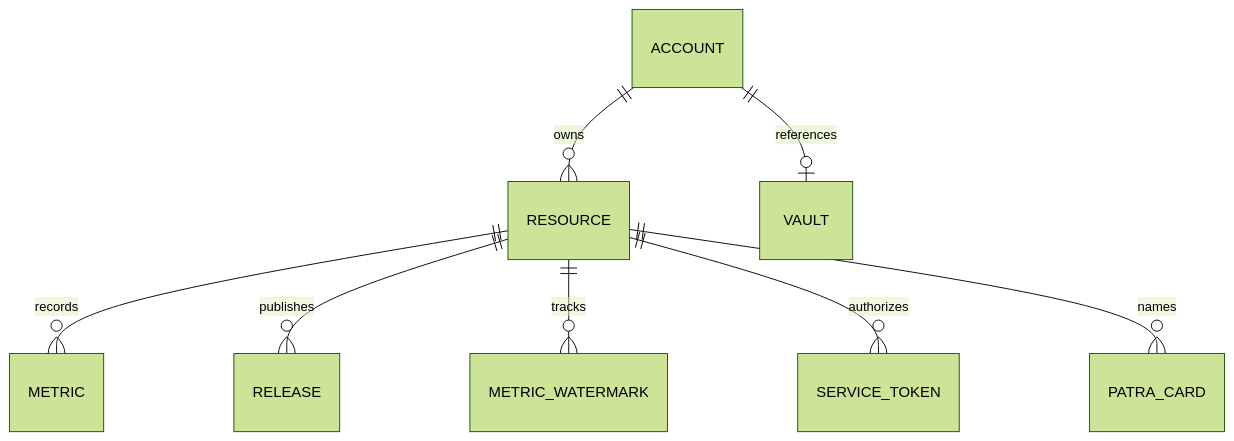
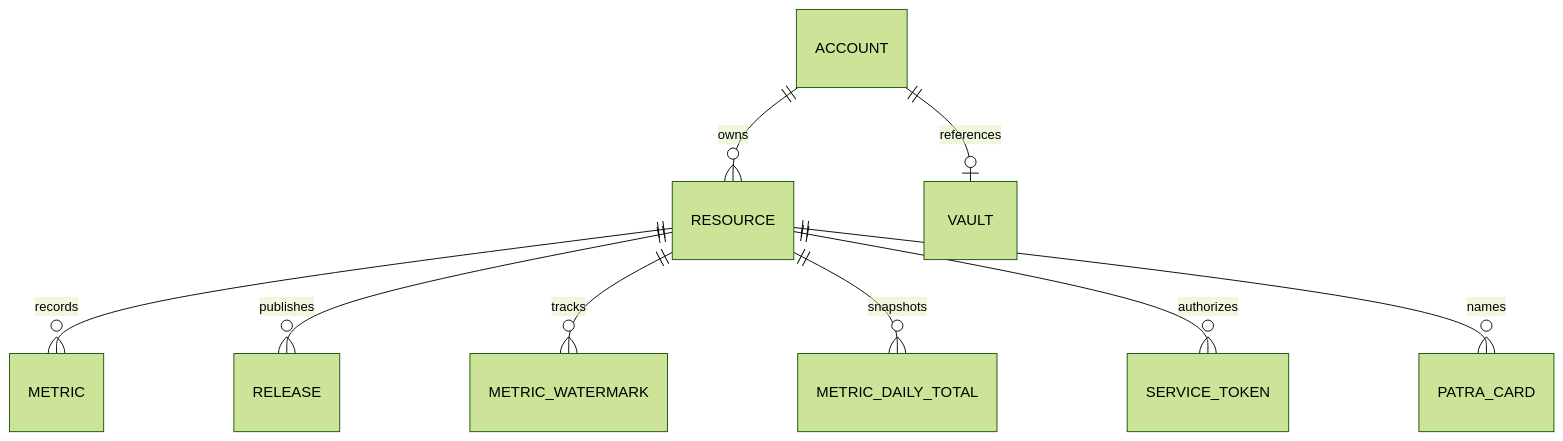
The diagram in docs/reference/data-model.md (ICICLE-ai/icicle-insights), drawn with Mermaid (forest theme) before and after one commit. The commit also changed other lines of this file and 7 other files, not shown here.

````diff
--- a/docs/reference/data-model.md
+++ b/docs/reference/data-model.md
@@ -5,10 +5,11 @@
 ```mermaid
 erDiagram
     ACCOUNT ||--o{ RESOURCE : owns
     ACCOUNT ||--o| VAULT : references
     RESOURCE ||--o{ METRIC : records
     RESOURCE ||--o{ RELEASE : publishes
     RESOURCE ||--o{ METRIC_WATERMARK : tracks
+    RESOURCE ||--o{ METRIC_DAILY_TOTAL : snapshots
     RESOURCE ||--o{ SERVICE_TOKEN : authorizes
     RESOURCE ||--o{ PATRA_CARD : names
 ```
````
